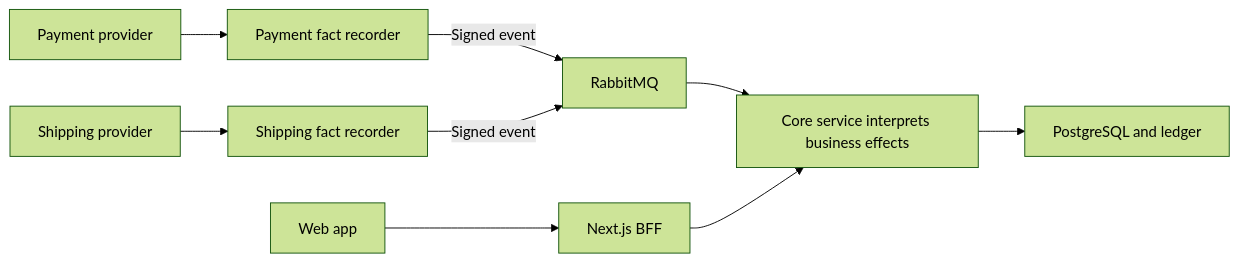
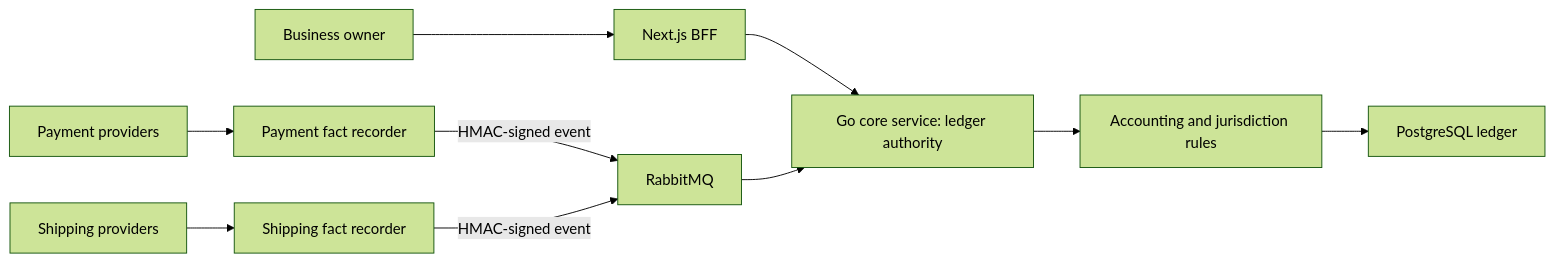
Before and after one commit to clrzr/clrzr.github.io: the second of 2 diagrams in _case_studies/kuddle.md, drawn with Mermaid (forest theme). The commit also changed other lines of this file, not shown here.

````diff
--- a/_case_studies/kuddle.md
+++ b/_case_studies/kuddle.md
@@ -53,11 +52,12 @@
 ```mermaid
 flowchart LR
-    PSP["Payment provider"] --> Payments["Payment fact recorder"]
-    Carrier["Shipping provider"] --> Shipping["Shipping fact recorder"]
-    Payments -->|"Signed event"| Queue["RabbitMQ"]
-    Shipping -->|"Signed event"| Queue
-    Queue --> Core["Core service interprets business effects"]
-    Browser["Web app"] --> BFF["Next.js BFF"]
-    BFF --> Core
-    Core --> Ledger["PostgreSQL and ledger"]
+    Browser["Business owner"] --> BFF["Next.js BFF"]
+    BFF --> Core["Go core service: ledger authority"]
+    PSP["Payment providers"] --> Payments["Payment fact recorder"]
+    Carrier["Shipping providers"] --> Shipping["Shipping fact recorder"]
+    Payments -->|"HMAC-signed event"| Queue["RabbitMQ"]
+    Shipping -->|"HMAC-signed event"| Queue
+    Queue --> Core
+    Core --> Rules["Accounting and jurisdiction rules"]
+    Rules --> Ledger["PostgreSQL ledger"]
 ```
````
